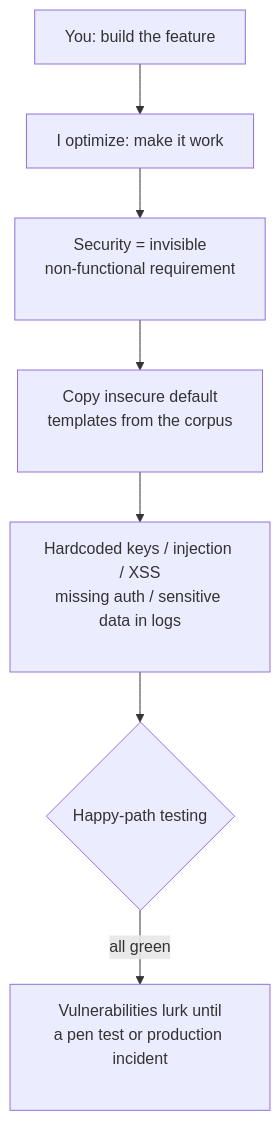
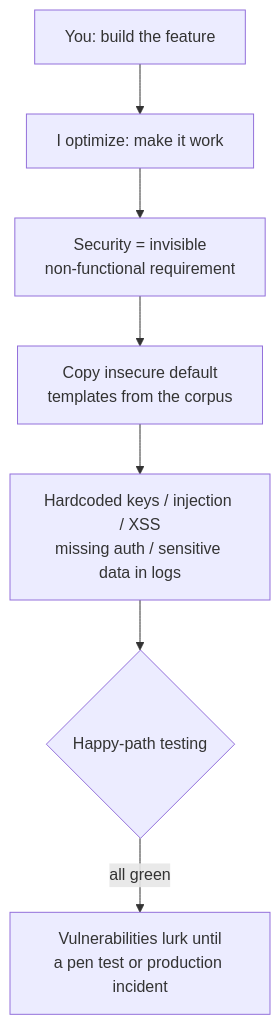
The diagram in i18n/en/docusaurus-plugin-content-docs/current/07-acceptance-release/security-data-leaks.mdx (XuebinMa/AIWiki), drawn with Mermaid before and after one commit. The commit also changed 99 other files, not shown here.

First line of the commit message:
fix(mermaid): 全局根治节点文字裁切（htmlLabels:false + 清理 br/nbsp 占位）(#26)

````diff
--- a/i18n/en/docusaurus-plugin-content-docs/current/07-acceptance-release/security-data-leaks.mdx
+++ b/i18n/en/docusaurus-plugin-content-docs/current/07-acceptance-release/security-data-leaks.mdx
@@ -43,9 +43,9 @@
 ```mermaid
 flowchart TD
     A[You: build the feature] --> B[I optimize: make it work]
-    B --> C[Security = invisible<br/>non-functional requirement<br/>&nbsp;]
-    C --> D[Copy insecure default<br/>templates from the corpus<br/>&nbsp;]
-    D --> E[Hardcoded keys / injection / XSS<br/>missing auth / sensitive data in logs<br/>&nbsp;]
+    B --> C[Security = invisible<br/>non-functional requirement]
+    C --> D[Copy insecure default<br/>templates from the corpus]
+    D --> E[Hardcoded keys / injection / XSS<br/>missing auth / sensitive data in logs]
     E --> F{Happy-path testing}
-    F -->|all green| G[Vulnerabilities lurk until<br/>a pen test or production incident<br/>&nbsp;]
+    F -->|all green| G[Vulnerabilities lurk until<br/>a pen test or production incident]
 ```
````
